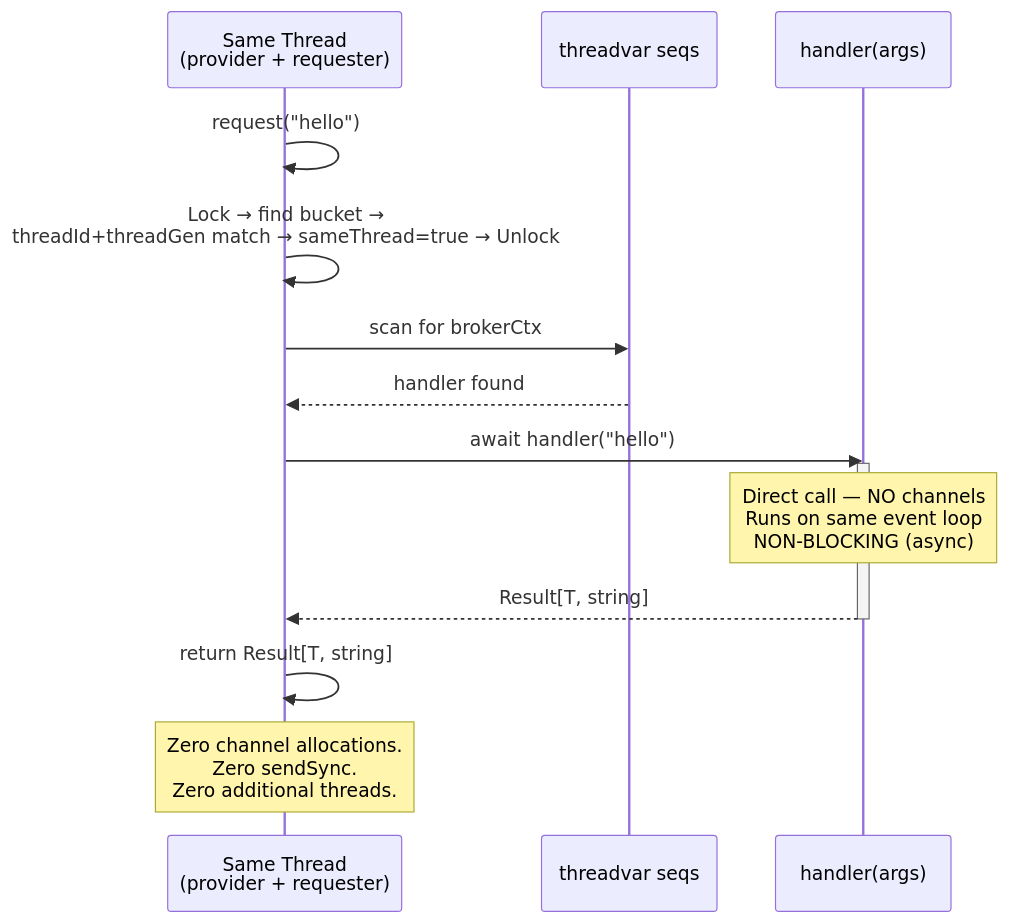
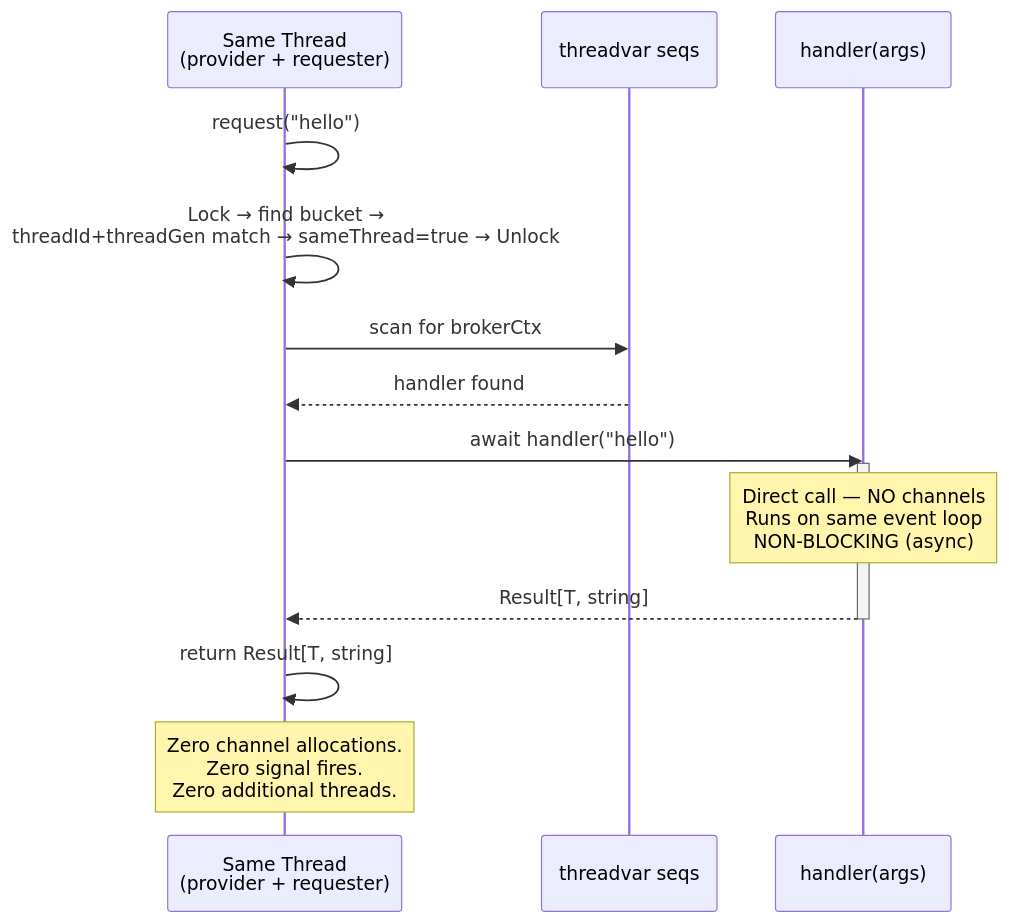
One commit to NagyZoltanPeter/nim-brokers changed the second of 5 diagrams in doc/MultiThread_RequestBroker.md. Above: the diagram before and after it, drawn with Mermaid. The commit also changed other lines of this file and 4 other files, not shown here.

````diff
--- a/doc/MultiThread_RequestBroker.md
+++ b/doc/MultiThread_RequestBroker.md
@@ -344,21 +334,21 @@
 ```mermaid
 sequenceDiagram
     participant T as Same Thread<br/>(provider + requester)
     participant TV as threadvar seqs
     participant H as handler(args)
 
     T ->> T: request("hello")
     T ->> T: Lock → find bucket →<br/>threadId+threadGen match → sameThread=true → Unlock
     T ->> TV: scan for brokerCtx
     TV -->> T: handler found
 
     T ->> H: await handler("hello")
     activate H
     Note over H: Direct call — NO channels<br/>Runs on same event loop<br/>NON-BLOCKING (async)
     H -->> T: Result[T, string]
     deactivate H
 
     T ->> T: return Result[T, string]
 
-    Note over T: Zero channel allocations.<br/>Zero sendSync.<br/>Zero additional threads.
+    Note over T: Zero channel allocations.<br/>Zero signal fires.<br/>Zero additional threads.
 ```
````
